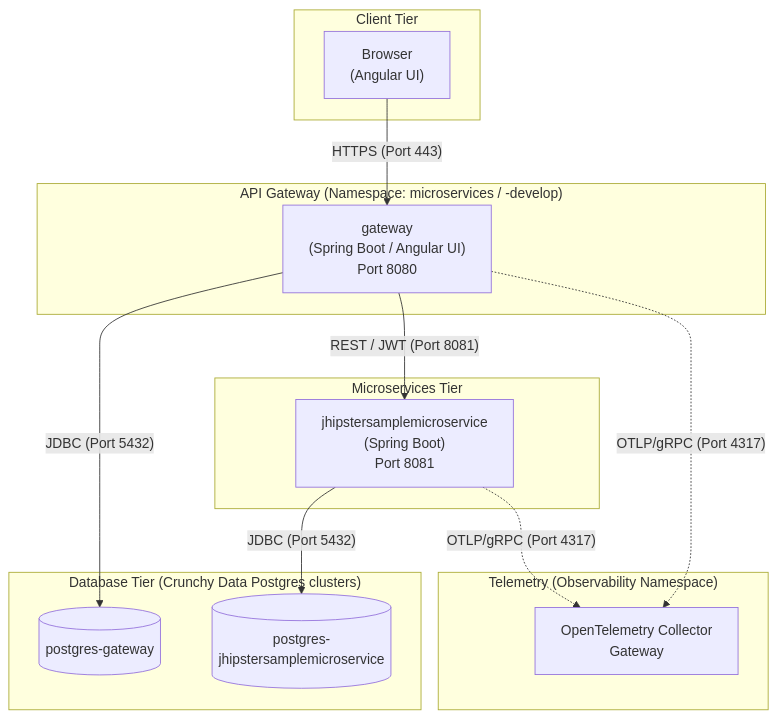
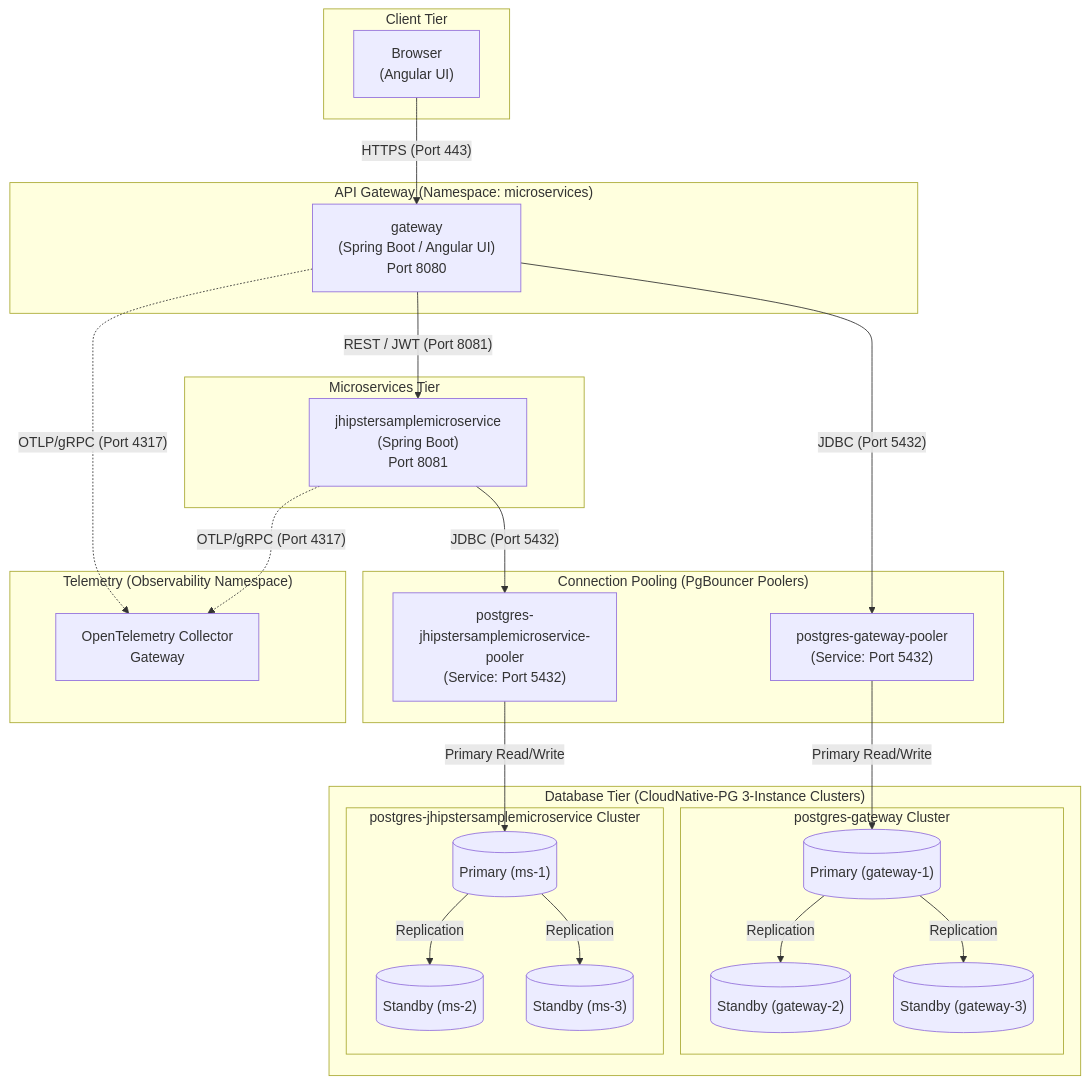
The second of 8 diagrams in README.md (nubenetes/jenkins-2026), drawn with Mermaid before and after one commit. The commit also changed other lines of this file, not shown here.

Commit message:
Update README with CloudNative-PG database architecture, sizing, and playbooks

````diff
--- a/README.md
+++ b/README.md
@@ -284,37 +286,60 @@
 ```mermaid
 graph TD
     subgraph "Client Tier"
         Browser["Browser<br/>(Angular UI)"]
     end
 
-    subgraph "API Gateway (Namespace: microservices / -develop)"
+    subgraph "API Gateway (Namespace: microservices)"
         GW["gateway<br/>(Spring Boot / Angular UI)<br/>Port 8080"]
     end
 
     subgraph "Microservices Tier"
         S_Ms["jhipstersamplemicroservice<br/>(Spring Boot)<br/>Port 8081"]
     end
 
-    subgraph "Database Tier (Crunchy Data Postgres clusters)"
-        DB_GW[("postgres-gateway")]
-        DB_Ms[("postgres-<br/>jhipstersamplemicroservice")]
+    subgraph "Connection Pooling (PgBouncer Poolers)"
+        Pool_GW["postgres-gateway-pooler<br/>(Service: Port 5432)"]
+        Pool_Ms["postgres-jhipstersamplemicroservice-pooler<br/>(Service: Port 5432)"]
+    end
+
+    subgraph "Database Tier (CloudNative-PG 3-Instance Clusters)"
+        subgraph "postgres-gateway Cluster"
+            DB_GW_P[("Primary (gateway-1)")]
+            DB_GW_R1[("Standby (gateway-2)")]
+            DB_GW_R2[("Standby (gateway-3)")]
+        end
+        subgraph "postgres-jhipstersamplemicroservice Cluster"
+            DB_Ms_P[("Primary (ms-1)")]
+            DB_Ms_R1[("Standby (ms-2)")]
+            DB_Ms_R2[("Standby (ms-3)")]
+        end
     end
 
     subgraph "Telemetry (Observability Namespace)"
         OTEL_Collector["OpenTelemetry Collector<br/>Gateway"]
     end
 
     %% Client traffic
     Browser -->|"HTTPS (Port 443)"| GW
     
     %% API Routing
     GW -->|"REST / JWT (Port 8081)"| S_Ms
     
-    %% Database connections
-    GW -->|"JDBC (Port 5432)"| DB_GW
-    S_Ms -->|"JDBC (Port 5432)"| DB_Ms
+    %% Connection Pooling Routing
+    GW -->|"JDBC (Port 5432)"| Pool_GW
+    S_Ms -->|"JDBC (Port 5432)"| Pool_Ms
+    
+    %% Database Routing (Session-based)
+    Pool_GW -->|Primary Read/Write| DB_GW_P
+    Pool_Ms -->|Primary Read/Write| DB_Ms_P
+    
+    %% Replication
+    DB_GW_P -->|Replication| DB_GW_R1
+    DB_GW_P -->|Replication| DB_GW_R2
+    DB_Ms_P -->|Replication| DB_Ms_R1
+    DB_Ms_P -->|Replication| DB_Ms_R2
     
     %% Auto-Instrumentation Telemetry
     GW -.->|"OTLP/gRPC (Port 4317)"| OTEL_Collector
     S_Ms -.->|"OTLP/gRPC (Port 4317)"| OTEL_Collector
 ```
````
